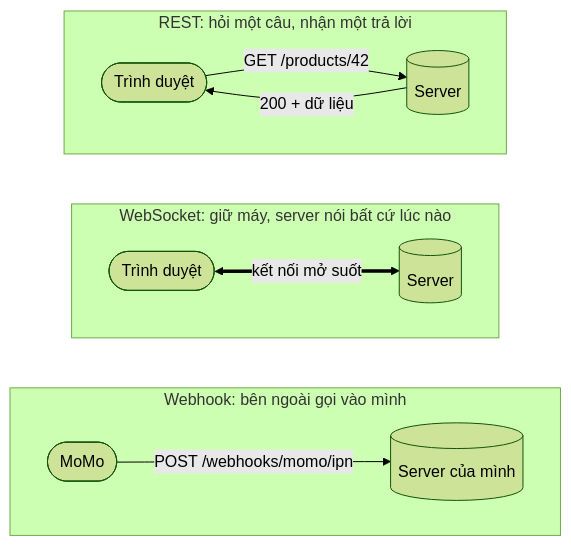
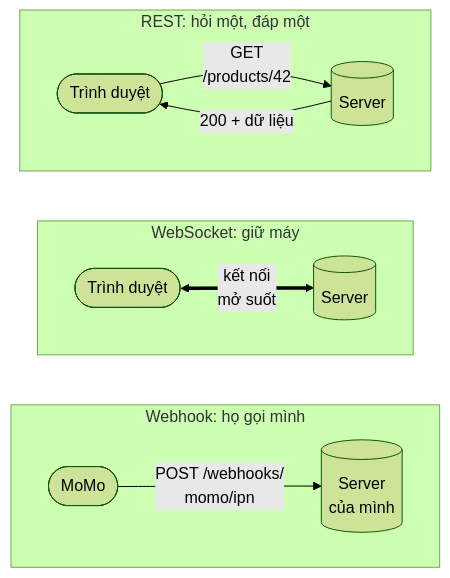
One commit to duongbui234/software-engineering-atlas changed the first of 2 diagrams in content/posts/2026-11-18-api-styles.md. Above: the diagram before and after it, drawn with Mermaid (forest theme). The commit also changed other lines of this file and 134 other files, not shown here.

First line of the commit message:
Fit every Mermaid diagram at 390px without sideways scroll (#56)

````diff
--- a/content/posts/2026-11-18-api-styles.md
+++ b/content/posts/2026-11-18-api-styles.md
@@ -55,17 +55,14 @@
 ```mermaid
 flowchart TB
-    subgraph REST["REST: hỏi một câu, nhận một trả lời"]
-        direction LR
-        c1([Trình duyệt]) -- "GET /products/42" --> s1[(Server)]
+    subgraph REST["REST: hỏi một, đáp một"]
+        c1([Trình duyệt]) -- "GET<br/>/products/42" --> s1[(Server)]
         s1 -- "200 + dữ liệu" --> c1
     end
-    subgraph WS["WebSocket: giữ máy, server nói bất cứ lúc nào"]
-        direction LR
-        c2([Trình duyệt]) <== "kết nối mở suốt" ==> s2[(Server)]
+    subgraph WS["WebSocket: giữ máy"]
+        c2([Trình duyệt]) <== "kết nối<br/>mở suốt" ==> s2[(Server)]
     end
-    subgraph WH["Webhook: bên ngoài gọi vào mình"]
-        direction LR
-        m([MoMo]) -- "POST /webhooks/momo/ipn" --> s3[(Server của mình)]
+    subgraph WH["Webhook: họ gọi mình"]
+        m([MoMo]) -- "POST /webhooks/<br/>momo/ipn" --> s3[(Server<br/>của mình)]
     end
     REST ~~~ WS ~~~ WH
 ```
````
